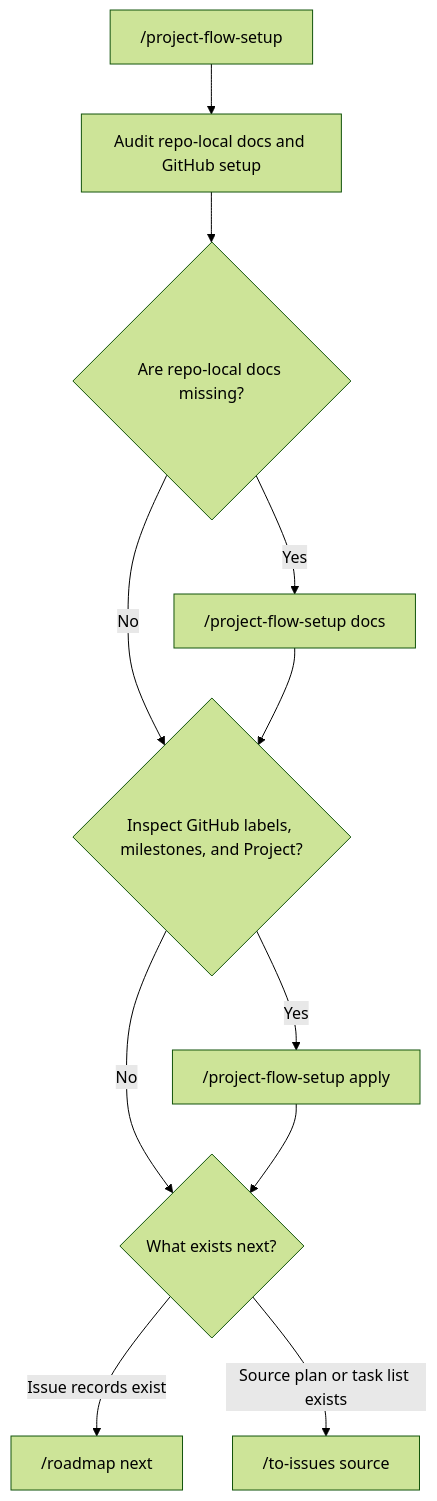
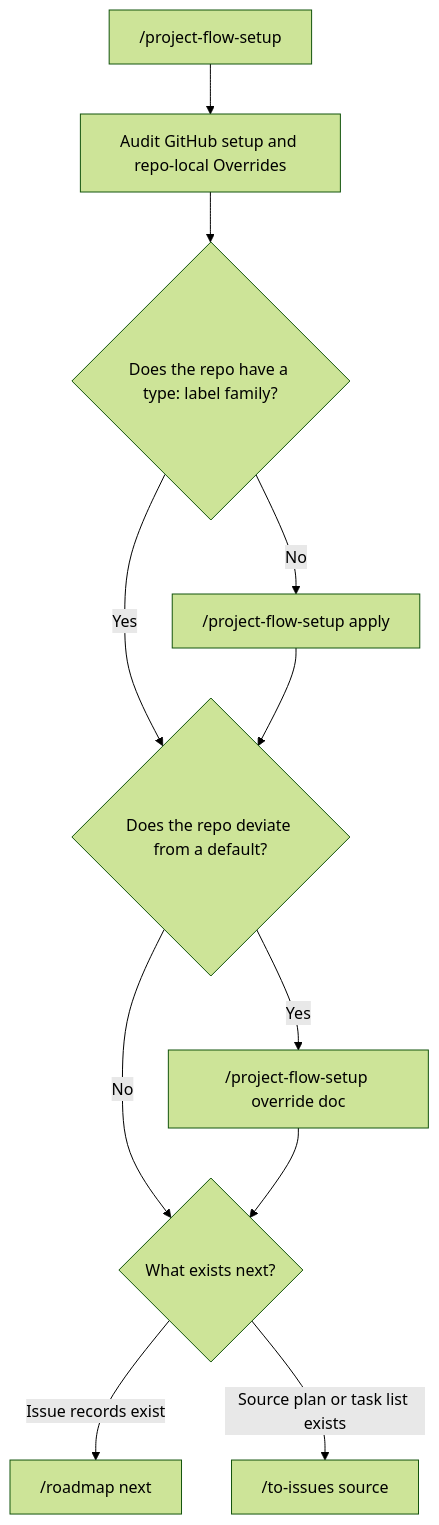
The second of 4 diagrams in docs/project-flow-how-to.md (chrooks/assistant-setup-toolkit), drawn with Mermaid (forest theme) before and after one commit. The commit also changed other lines of this file and 16 other files, not shown here.

````diff
--- a/docs/project-flow-how-to.md
+++ b/docs/project-flow-how-to.md
@@ -62,13 +62,13 @@
 ```mermaid
 flowchart TD
-  setup_start["/project-flow-setup"] --> audit["Audit repo-local docs and GitHub setup"]
-  audit --> docs_missing{Are repo-local docs missing?}
-  docs_missing -->|Yes| docs_skill["/project-flow-setup docs"]
-  docs_missing -->|No| github_inspect{Inspect GitHub labels, milestones, and Project?}
-  docs_skill --> github_inspect
-  github_inspect -->|Yes| apply_skill["/project-flow-setup apply"]
-  github_inspect -->|No| next_command{What exists next?}
-  apply_skill --> next_command
+  setup_start["/project-flow-setup"] --> audit["Audit GitHub setup and repo-local Overrides"]
+  audit --> labels_missing{"Does the repo have a type: label family?"}
+  labels_missing -->|No| apply_skill["/project-flow-setup apply"]
+  labels_missing -->|Yes| deviates{Does the repo deviate from a default?}
+  apply_skill --> deviates
+  deviates -->|Yes| override_skill["/project-flow-setup override doc"]
+  deviates -->|No| next_command{What exists next?}
+  override_skill --> next_command
   next_command -->|Issue records exist| setup_roadmap["/roadmap next"]
   next_command -->|Source plan or task list exists| setup_to_issues["/to-issues source"]
 ```
````
